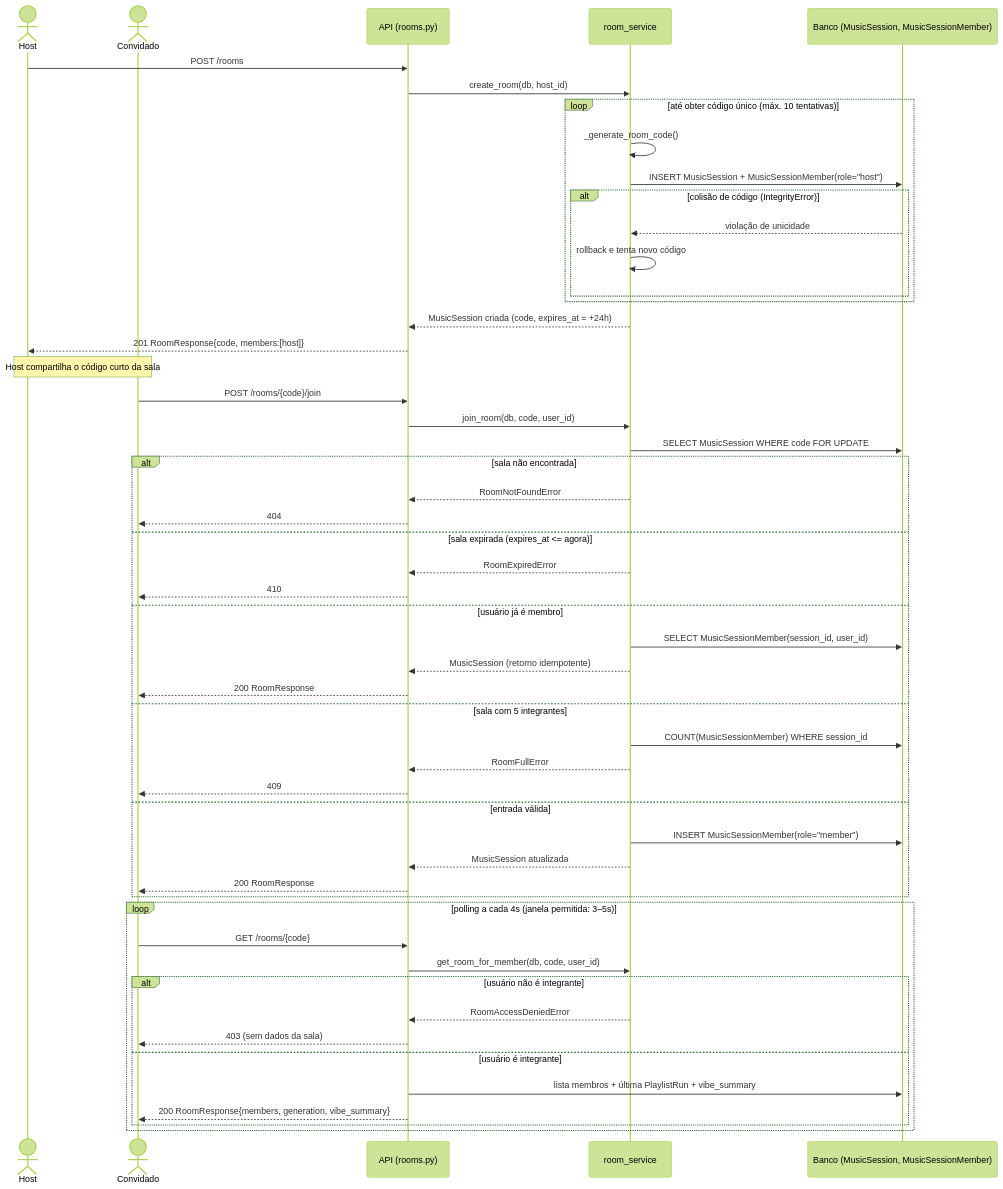
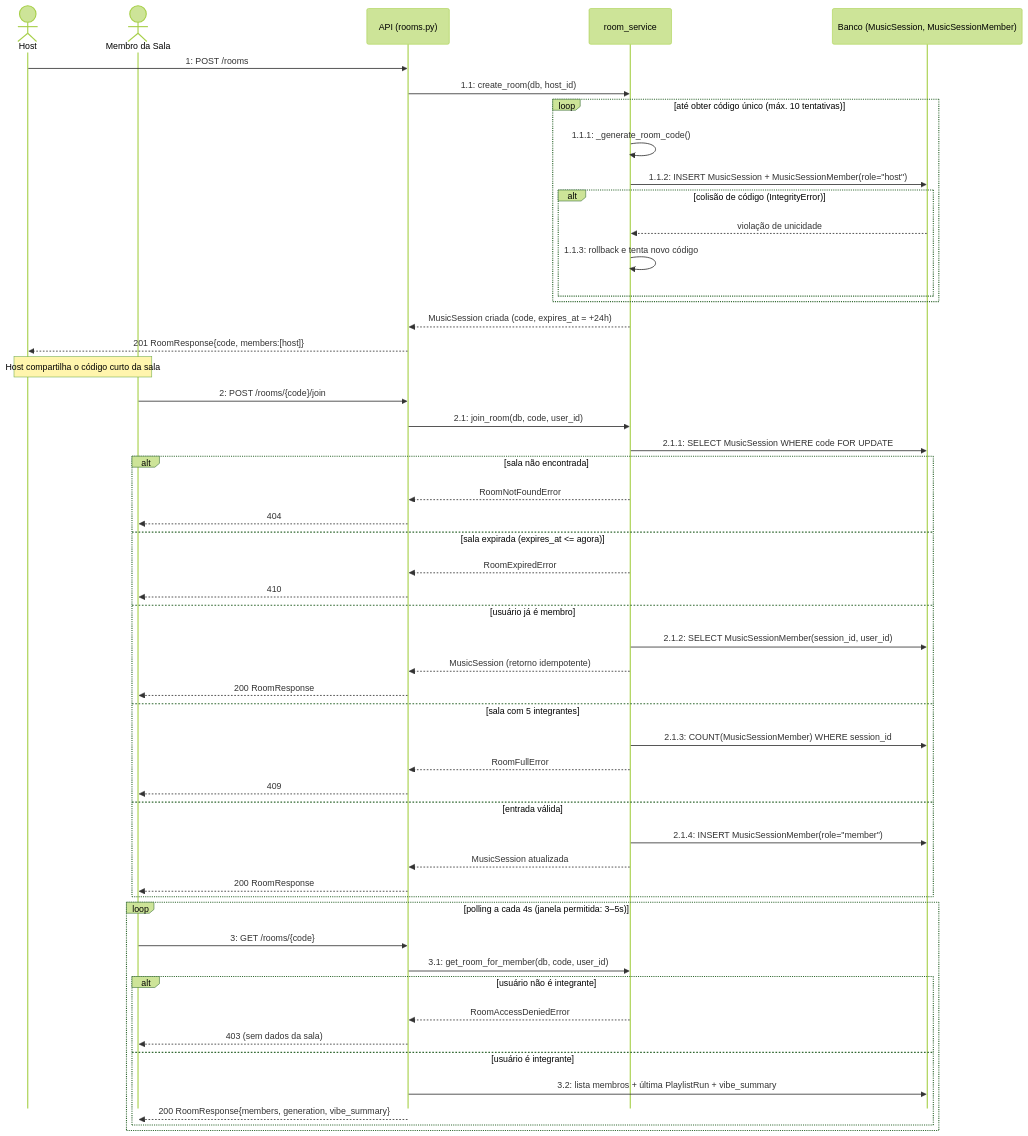
Before and after one commit to micaeltoscano/group-music-recommender: the diagram in diagrams/historias-usuario/02-criacao-sala-entrada-convidados.md, drawn with Mermaid (forest theme). The commit also changed 7 other files, not shown here.

First line of the commit message:
fix(diagramas): remover rodape duplicado, alinhar atores ao .puml e numerar sequencias

````diff
--- a/diagrams/historias-usuario/02-criacao-sala-entrada-convidados.md
+++ b/diagrams/historias-usuario/02-criacao-sala-entrada-convidados.md
@@ -5,59 +5,60 @@
 ```mermaid
+%%{init: {'sequence': {'mirrorActors': false}}}%%
 sequenceDiagram
     actor Host
-    actor Convidado
+    actor Membro as Membro da Sala
     participant API as API (rooms.py)
     participant RoomSvc as room_service
     participant DB as Banco (MusicSession, MusicSessionMember)
 
-    Host->>API: POST /rooms
-    API->>RoomSvc: create_room(db, host_id)
+    Host->>API: 1: POST /rooms
+    API->>RoomSvc: 1.1: create_room(db, host_id)
     loop até obter código único (máx. 10 tentativas)
-        RoomSvc->>RoomSvc: _generate_room_code()
-        RoomSvc->>DB: INSERT MusicSession + MusicSessionMember(role="host")
+        RoomSvc->>RoomSvc: 1.1.1: _generate_room_code()
+        RoomSvc->>DB: 1.1.2: INSERT MusicSession + MusicSessionMember(role="host")
         alt colisão de código (IntegrityError)
             DB-->>RoomSvc: violação de unicidade
-            RoomSvc->>RoomSvc: rollback e tenta novo código
+            RoomSvc->>RoomSvc: 1.1.3: rollback e tenta novo código
         end
     end
     RoomSvc-->>API: MusicSession criada (code, expires_at = +24h)
     API-->>Host: 201 RoomResponse{code, members:[host]}
 
-    Note over Host,Convidado: Host compartilha o código curto da sala
+    Note over Host,Membro: Host compartilha o código curto da sala
 
-    Convidado->>API: POST /rooms/{code}/join
-    API->>RoomSvc: join_room(db, code, user_id)
-    RoomSvc->>DB: SELECT MusicSession WHERE code FOR UPDATE
+    Membro->>API: 2: POST /rooms/{code}/join
+    API->>RoomSvc: 2.1: join_room(db, code, user_id)
+    RoomSvc->>DB: 2.1.1: SELECT MusicSession WHERE code FOR UPDATE
 
     alt sala não encontrada
         RoomSvc-->>API: RoomNotFoundError
-        API-->>Convidado: 404
+        API-->>Membro: 404
     else sala expirada (expires_at <= agora)
         RoomSvc-->>API: RoomExpiredError
-        API-->>Convidado: 410
+        API-->>Membro: 410
     else usuário já é membro
-        RoomSvc->>DB: SELECT MusicSessionMember(session_id, user_id)
+        RoomSvc->>DB: 2.1.2: SELECT MusicSessionMember(session_id, user_id)
         RoomSvc-->>API: MusicSession (retorno idempotente)
-        API-->>Convidado: 200 RoomResponse
+        API-->>Membro: 200 RoomResponse
     else sala com 5 integrantes
-        RoomSvc->>DB: COUNT(MusicSessionMember) WHERE session_id
+        RoomSvc->>DB: 2.1.3: COUNT(MusicSessionMember) WHERE session_id
         RoomSvc-->>API: RoomFullError
-        API-->>Convidado: 409
+        API-->>Membro: 409
     else entrada válida
-        RoomSvc->>DB: INSERT MusicSessionMember(role="member")
+        RoomSvc->>DB: 2.1.4: INSERT MusicSessionMember(role="member")
         RoomSvc-->>API: MusicSession atualizada
-        API-->>Convidado: 200 RoomResponse
+        API-->>Membro: 200 RoomResponse
     end
 
     loop polling a cada 4s (janela permitida: 3–5s)
-        Convidado->>API: GET /rooms/{code}
-        API->>RoomSvc: get_room_for_member(db, code, user_id)
+        Membro->>API: 3: GET /rooms/{code}
+        API->>RoomSvc: 3.1: get_room_for_member(db, code, user_id)
         alt usuário não é integrante
             RoomSvc-->>API: RoomAccessDeniedError
-            API-->>Convidado: 403 (sem dados da sala)
+            API-->>Membro: 403 (sem dados da sala)
         else usuário é integrante
-            API->>DB: lista membros + última PlaylistRun + vibe_summary
-            API-->>Convidado: 200 RoomResponse{members, generation, vibe_summary}
+            API->>DB: 3.2: lista membros + última PlaylistRun + vibe_summary
+            API-->>Membro: 200 RoomResponse{members, generation, vibe_summary}
         end
     end
 ```
````
